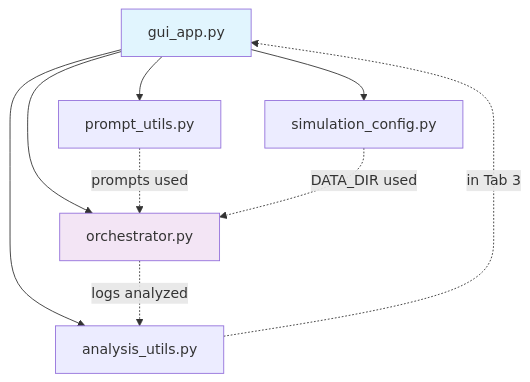
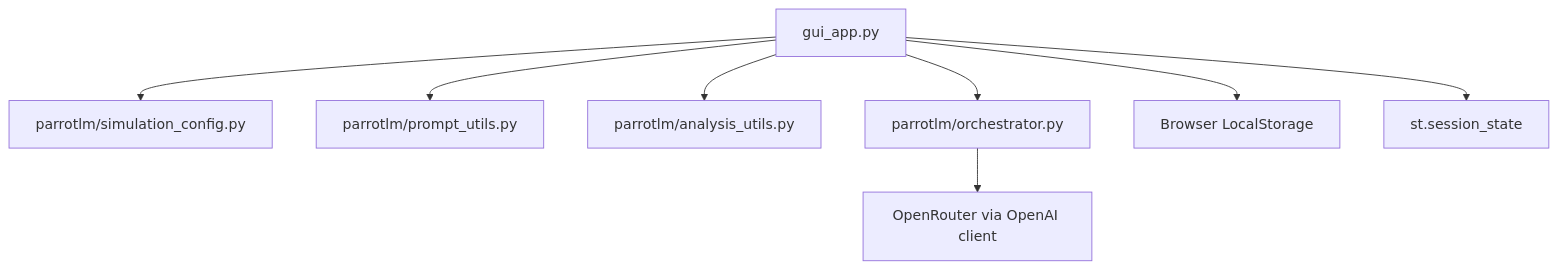
One commit to gdc0000/parrot-lm changed the diagram in module_map.md. Above: the diagram before and after it, drawn with Mermaid. The commit also changed other lines of this file and 12 other files, not shown here.

````diff
--- a/module_map.md
+++ b/module_map.md
@@ -86,15 +90,11 @@
 ```mermaid
 graph TD
-    gui[gui_app.py] --> config[simulation_config.py]
-    gui --> prompts[prompt_utils.py]
-    gui --> analysis[analysis_utils.py]
-    gui --> orch[orchestrator.py]
-    
-    prompts -.->|prompts used| orch
-    config -.->|DATA_DIR used| orch
-    orch -.->|logs analyzed| analysis
-    analysis -.->|in Tab 3| gui
-    
-    style gui fill:#e1f5fe
-    style orch fill:#f3e5f5
+    gui[gui_app.py] --> config[parrotlm/simulation_config.py]
+    gui --> prompts[parrotlm/prompt_utils.py]
+    gui --> analysis[parrotlm/analysis_utils.py]
+    gui --> orch[parrotlm/orchestrator.py]
+
+    orch --> openrouter[OpenRouter via OpenAI client]
+    gui --> localstore[Browser LocalStorage]
+    gui --> session[st.session_state]
 ```
````
